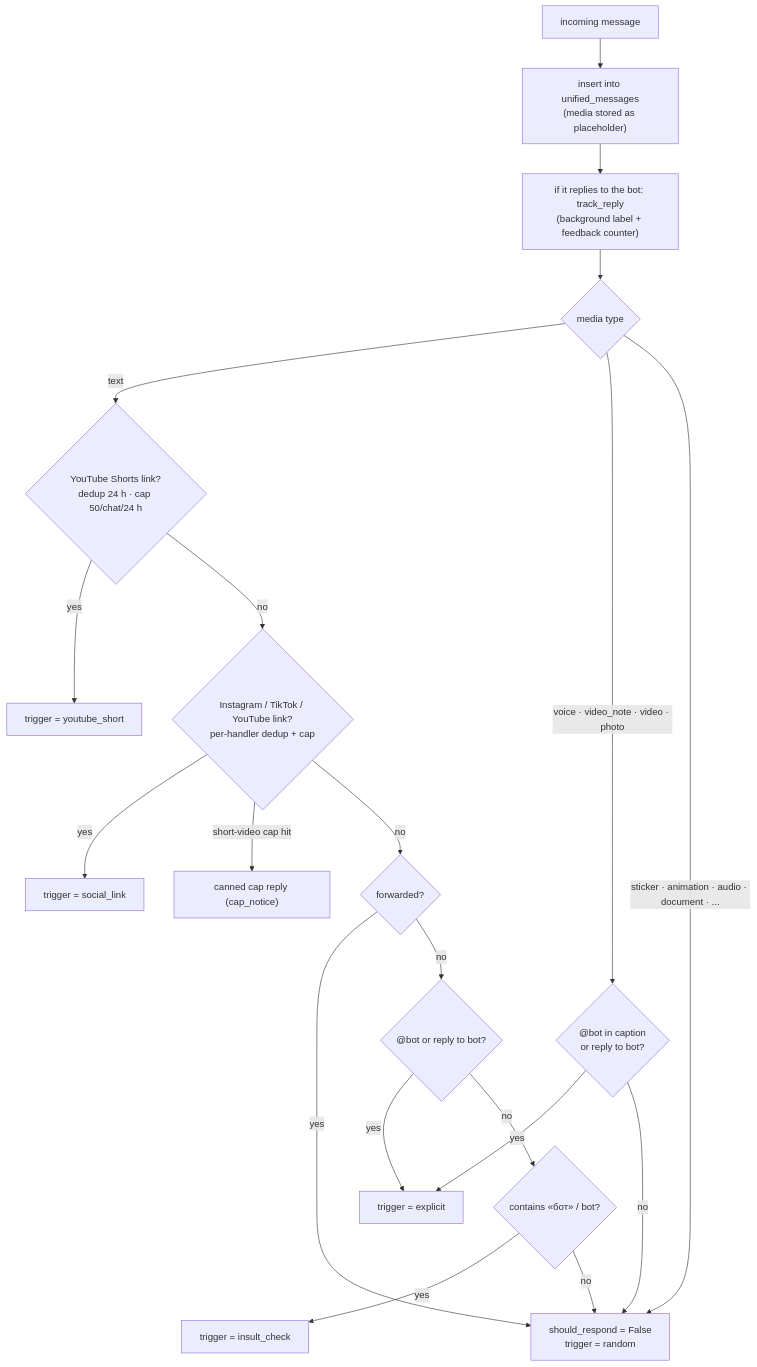
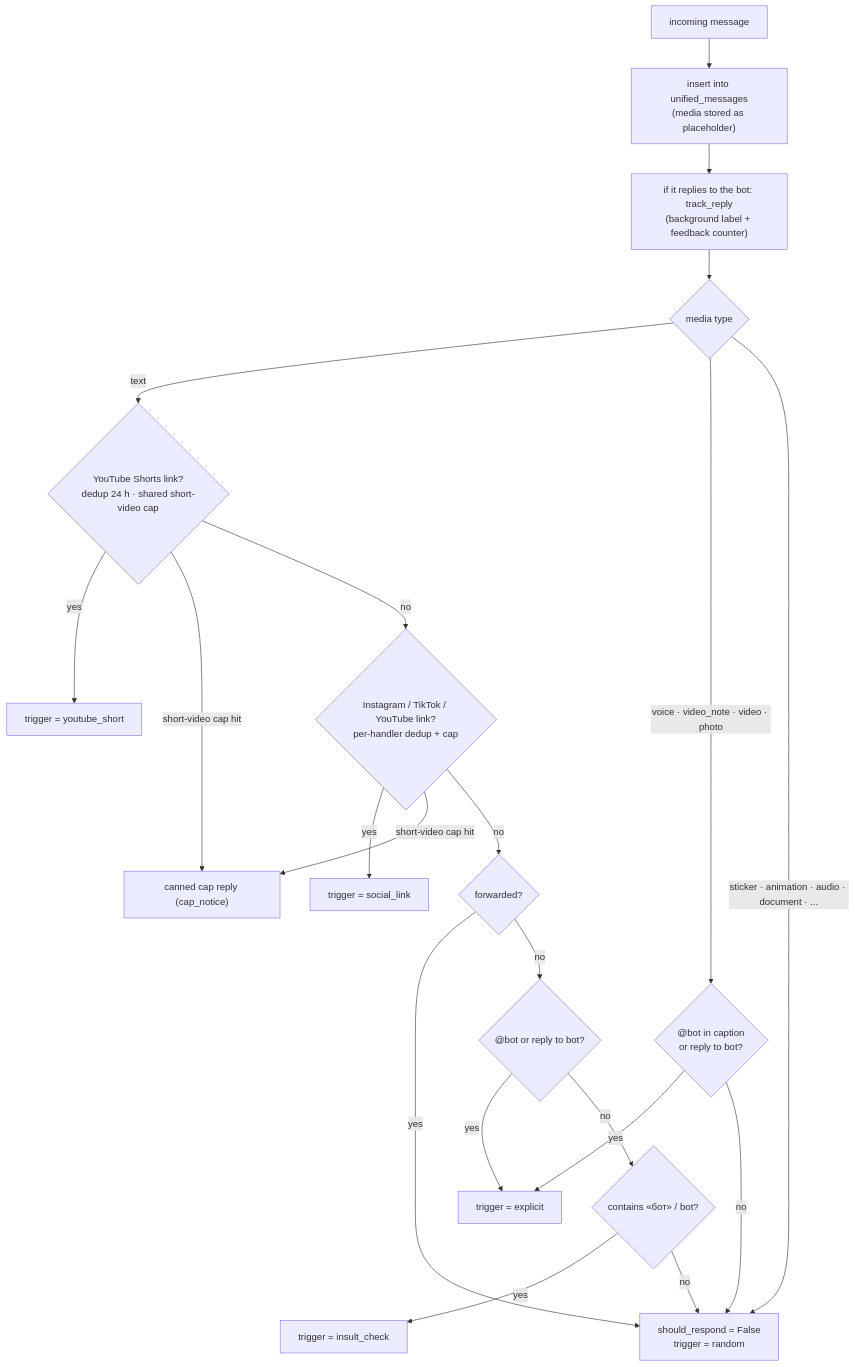
Before and after one commit to vsbaldeev/games-chatbot: the fifth of 12 diagrams in src/pipeline/README.md, drawn with Mermaid. The commit also changed other lines of this file and 16 other files, not shown here.

First line of the commit message:
feat: post a one-line teaser caption for short videos and share one daily cap

````diff
--- a/src/pipeline/README.md
+++ b/src/pipeline/README.md
@@ -143,25 +143,26 @@
 ```mermaid
 flowchart TD
     msg["incoming message"] --> store["insert into unified_messages<br/>(media stored as placeholder)"]
     store --> track["if it replies to the bot: track_reply<br/>(background label + feedback counter)"]
     track --> kind{"media type"}
 
-    kind -->|"text"| shorts{"YouTube Shorts link?<br/>dedup 24 h · cap 50/chat/24 h"}
+    kind -->|"text"| shorts{"YouTube Shorts link?<br/>dedup 24 h · shared short-video cap"}
     shorts -->|"yes"| t_short["trigger = youtube_short"]
+    shorts -->|"short-video cap hit"| cap
     shorts -->|"no"| social{"Instagram / TikTok / YouTube link?<br/>per-handler dedup + cap"}
     social -->|"yes"| t_social["trigger = social_link"]
     social -->|"short-video cap hit"| cap["canned cap reply (cap_notice)"]
     social -->|"no"| fwd{"forwarded?"}
     fwd -->|"yes"| t_rand["should_respond = False<br/>trigger = random"]
     fwd -->|"no"| addr{"@bot or reply to bot?"}
     addr -->|"yes"| t_expl["trigger = explicit"]
     addr -->|"no"| word{"contains «бот» / bot?"}
     word -->|"yes"| t_ins["trigger = insult_check"]
     word -->|"no"| t_rand
 
     kind -->|"voice · video_note · video · photo"| mm{"@bot in caption<br/>or reply to bot?"}
     mm -->|"yes"| t_expl
     mm -->|"no"| t_rand
 
     kind -->|"sticker · animation · audio · document · ..."| t_rand
 ```
````
